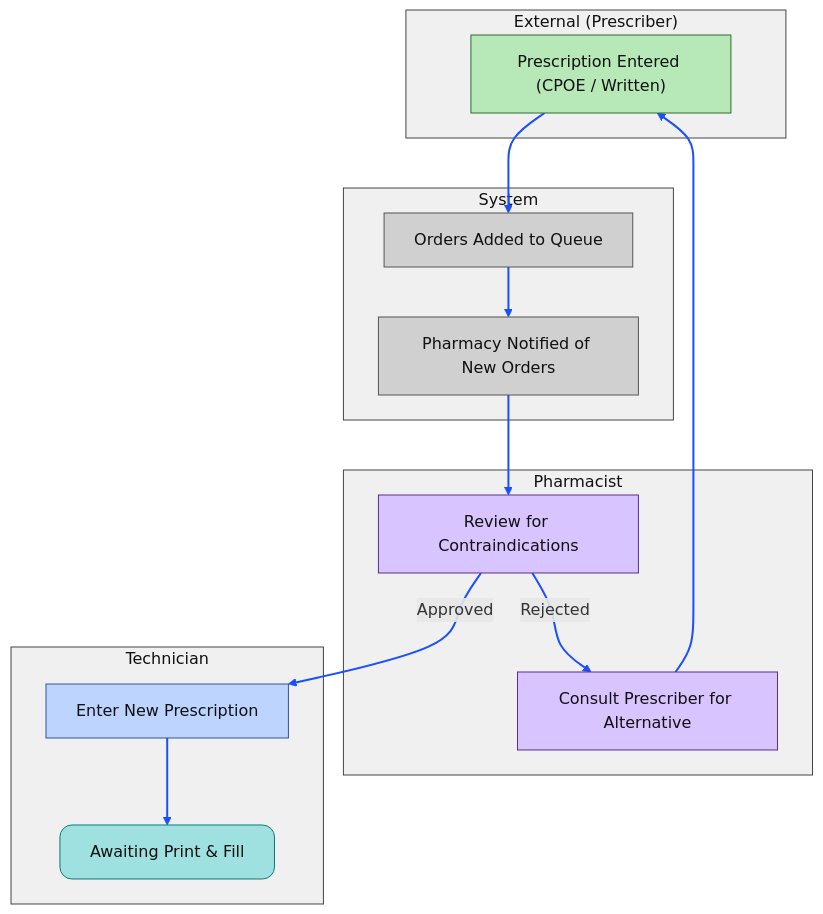
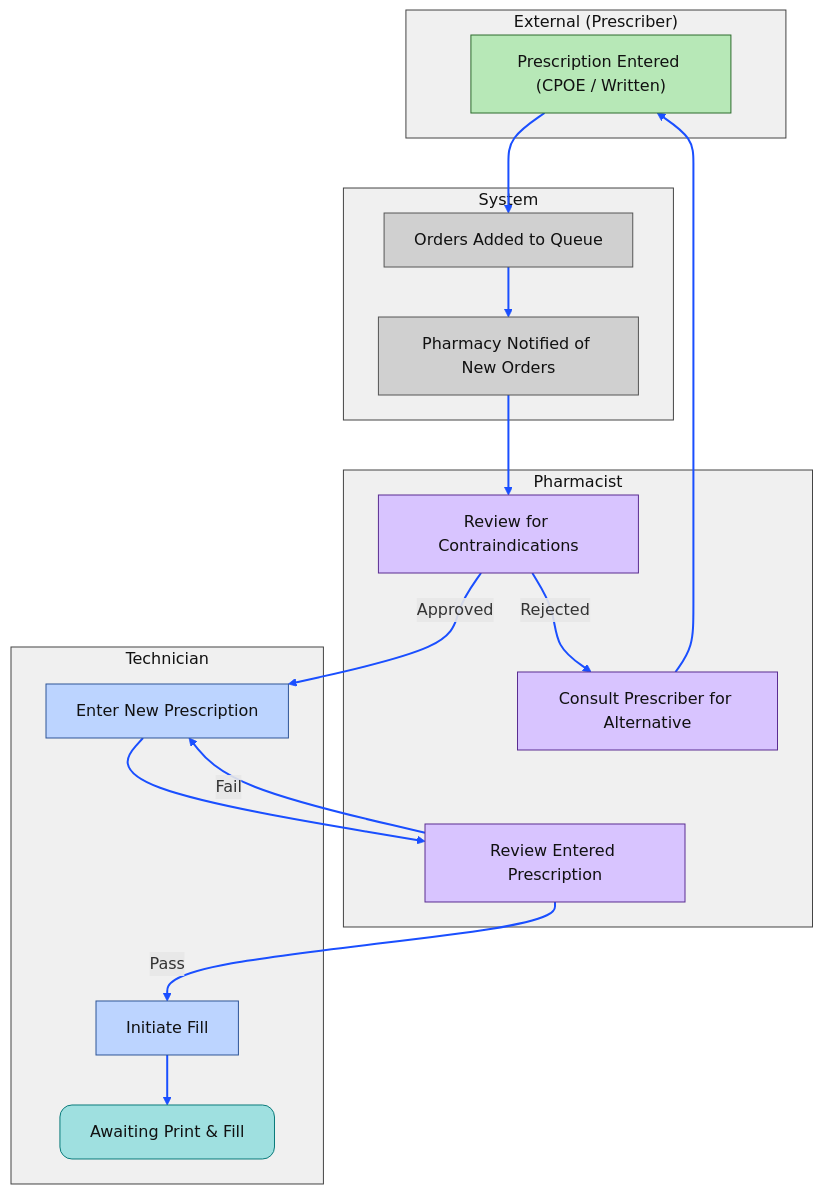
One commit to ctnava/rxtechnotes changed the second of 2 diagrams in core_operations.md. Above: the diagram before and after it, drawn with Mermaid. The commit also changed other lines of this file, not shown here.

````diff
--- a/core_operations.md
+++ b/core_operations.md
@@ -247,51 +251,56 @@
 ```mermaid
 flowchart TD
 
 %% =========================
 %% STYLE DEFINITIONS
 %% =========================
 linkStyle default stroke:#1a4fff,stroke-width:2px
 classDef lane fill:#f0f0f0,stroke:#444,stroke-width:1px,color:#111
 classDef external fill:#b7e8b7,stroke:#2d6b2d,stroke-width:1px,color:#111
 classDef tech fill:#bcd4ff,stroke:#2f5597,stroke-width:1px,color:#111
 classDef pharm fill:#d8c4ff,stroke:#5a2d91,stroke-width:1px,color:#111
 classDef system fill:#d0d0d0,stroke:#555,stroke-width:1px,color:#111
 classDef terminator fill:#9fe0e0,stroke:#0a7a7a,stroke-width:1px,rx:12,ry:12,color:#111
 classDef decision fill:#ffe98a,stroke:#b58a00,stroke-width:1px,rx:4,ry:4,color:#111
 
 %% =========================
 %% SWIMLANES
 %% =========================
 
 subgraph EXT["External (Prescriber)"]
     A1["Prescription Entered (CPOE / Written)"]:::external
 end
 class EXT lane
 
 subgraph SYS["System"]
     S1["Orders Added to Queue"]:::system
     S2["Pharmacy Notified of New Orders"]:::system
 end
 class SYS lane
 
 subgraph PHARM["Pharmacist"]
     P1["Review for Contraindications"]:::pharm
     P2["Consult Prescriber for Alternative"]:::pharm
+    P3["Review Entered Prescription"]:::pharm
 end
 class PHARM lane
 
 subgraph TECH["Technician"]
     T1["Enter New Prescription"]:::tech
-    T2["Awaiting Print & Fill"]:::terminator
+    T2["Initiate Fill"]:::tech
+    T3["Awaiting Print & Fill"]:::terminator
 end
 class TECH lane
 
 %% =========================
 %% FLOW
 %% =========================
 
 A1 --> S1 --> S2 --> P1
 
-P1 -->|Approved| T1 --> T2
+P1 -->|Approved| T1 --> P3
 P1 -->|Rejected| P2 --> A1
+
+P3 -->|Pass| T2 --> T3
+P3 -->|Fail| T1
 ```
````
